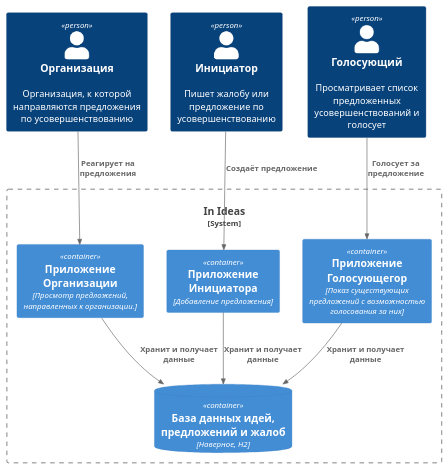
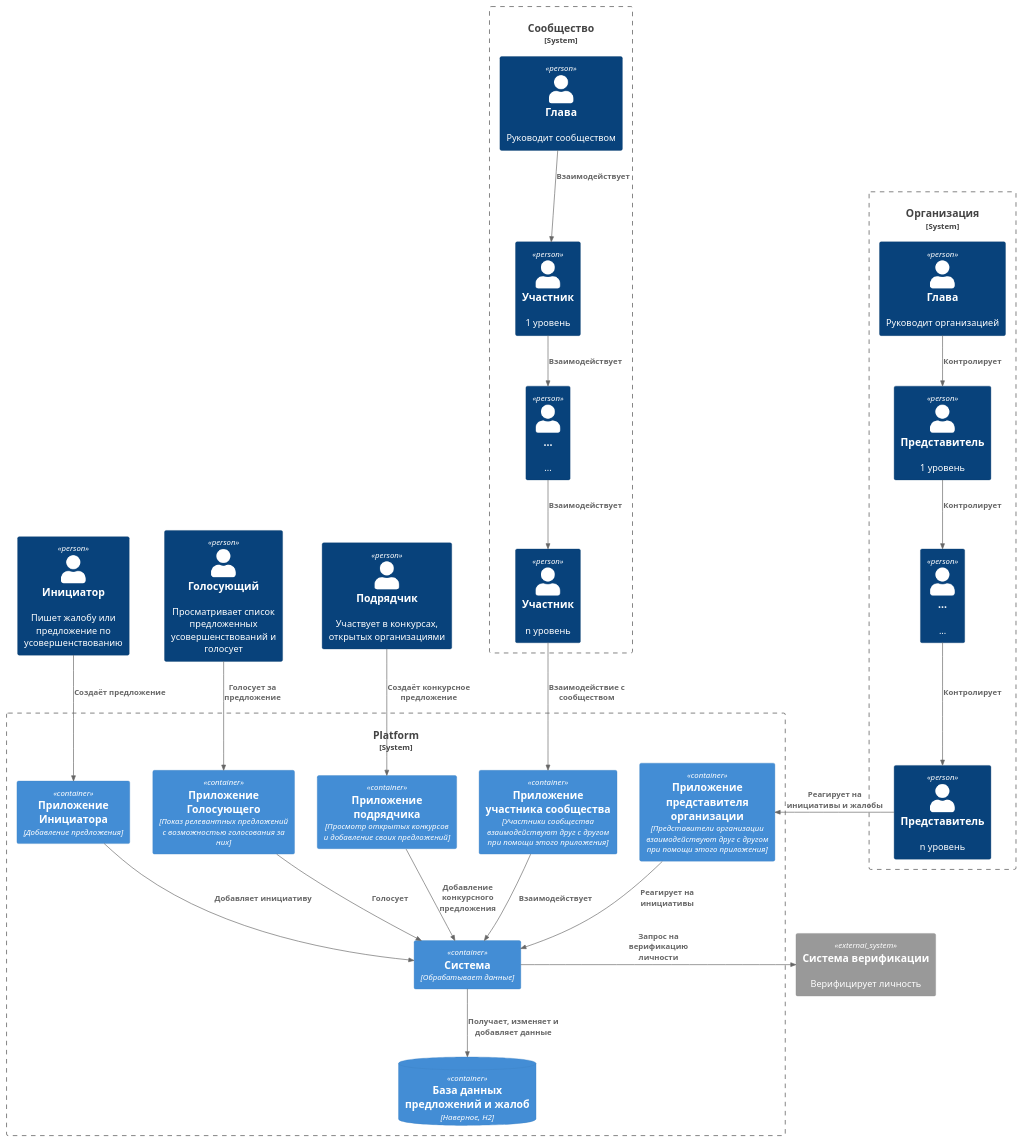
One commit to RozbiyNick/Java-Nix changed the diagram in lesson01/Architecture/high_level_architecture.puml. Above: the diagram before and after it, drawn with PlantUML. The commit also changed 6 other files, not shown here.

```diff
--- a/lesson01/Architecture/high_level_architecture.puml
+++ b/lesson01/Architecture/high_level_architecture.puml
@@ -1,22 +1,55 @@
 @startuml High Level Architecture
 !include https://raw.githubusercontent.com/plantuml-stdlib/C4-PlantUML/master/C4_Container.puml
 
 
-Person(org, "Организация", "Организация, к которой направляются предложения по усовершенствованию")
+System_Boundary(org, "Организация"){
+    Person(ceo, "Глава", "Руководит организацией")
+    Person(staff1, "Представитель", "1 уровень")
+    Person(staff2, "...", "...")
+    Person(staffn, "Представитель", "n уровень")
+}
+Rel(ceo, staff1,"Контролирует")
+Rel(staff1, staff2,"Контролирует")
+Rel(staff2, staffn,"Контролирует")
+
+System_Boundary(community, "Сообщество"){
+    Person(main_volunteer, "Глава", "Руководит сообществом")
+    Person(volunteer1, "Участник", "1 уровень")
+    Person(volunteer2, "...", "...")
+    Person(volunteern, "Участник", "n уровень")
+}
+Rel(main_volunteer, volunteer1,"Взаимодействует")
+Rel(volunteer1, volunteer2,"Взаимодействует")
+Rel(volunteer2, volunteern,"Взаимодействует")
+
+
 Person(initiator, "Инициатор", "Пишет жалобу или предложение по усовершенствованию")
 Person(voter, "Голосующий", "Просматривает список предложенных усовершенствований и голосует")
-System_Boundary(app, "In Ideas"){
+Person(contractor, "Подрядчик", "Участвует в конкурсах, открытых организациями")
+System_Boundary(app, "Platform"){
+    Container(community_app, "Приложение участника сообщества", "Участники сообщества взаимодействуют друг с другом при помощи этого приложения")
+    Container(contractor_app, "Приложение подрядчика", "Просмотр открытых конкурсов и добавление своих предложений")
     Container(add, "Приложение Инициатора", "Добавление предложения")
-    Container(vote, "Приложение Голосующегор", "Показ существующих предложений с возможностью голосования за них")
-    Container(react, "Приложение Организации", "Просмотр предложений, направленных к организации.")
-    ContainerDb(db, "База данных идей, предложений и жалоб", "Наверное, H2")
+    Container(vote, "Приложение Голосующего", "Показ релевантных предложений с возможностью голосования за них")
+    Container(react, "Приложение представителя организации", "Представители организации взаимодействуют друг с другом при помощи этого приложения")
+    Container(sys, "Система", "Обрабатывает данные")
+    ContainerDb(db, "База данных предложений и жалоб", "Наверное, H2")
 }
 
+System_Ext(verify, "Система верификации", "Верифицирует личность")
 
-Rel_D(org, react, "Реагирует на предложения")
-Rel_D(add, db, "Хранит и получает данные")
-Rel(vote, db, "Хранит и получает данные")
-Rel(react, db, "Хранит и получает данные")
+Rel_L(staffn, react, "Реагирует на инициативы и жалобы")
+Rel_D(volunteern, community_app, "Взаимодействие с сообществом")
+
 Rel(initiator, add, "Создаёт предложение")
 Rel(voter, vote, "Голосует зa предложение")
+Rel(contractor, contractor_app, "Создаёт конкурсное предложение")
+
+Rel_D(add, sys, "Добавляет инициативу")
+Rel(vote, sys, "Голосует")
+Rel(react, sys, "Реагирует на инициативы")
+Rel(contractor_app, sys, "Добавление конкурсного предложения")
+Rel(community_app, sys, "Взаимодействует")
+Rel(sys, db, "Получает, изменяет и добавляет данные")
+Rel_R(sys, verify, "Запрос на верификацию личности")
 @enduml
```
